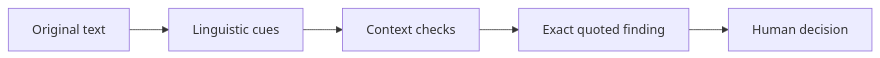
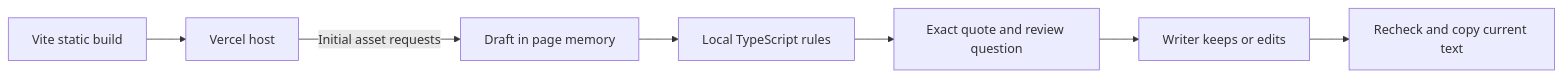
One commit to keithtgrehan/communication-check changed the diagram in docs/CASE_STUDY.md. Above: the diagram before and after it, drawn with Mermaid. The commit also changed other lines of this file and 26 other files, not shown here.

````diff
--- a/docs/CASE_STUDY.md
+++ b/docs/CASE_STUDY.md
@@ -42,5 +61,9 @@
 ```mermaid
 flowchart LR
-  A[Original text] --> B[Linguistic cues] --> C[Context checks]
-  C --> D[Exact quoted finding] --> E[Human decision]
+  A[Draft in page memory] --> B[Local TypeScript rules]
+  B --> C[Exact quote and review question]
+  C --> D[Writer keeps or edits]
+  D --> E[Recheck and copy current text]
+  F[Vite static build] --> G[Vercel host]
+  G -->|Initial asset requests| A
 ```
````
